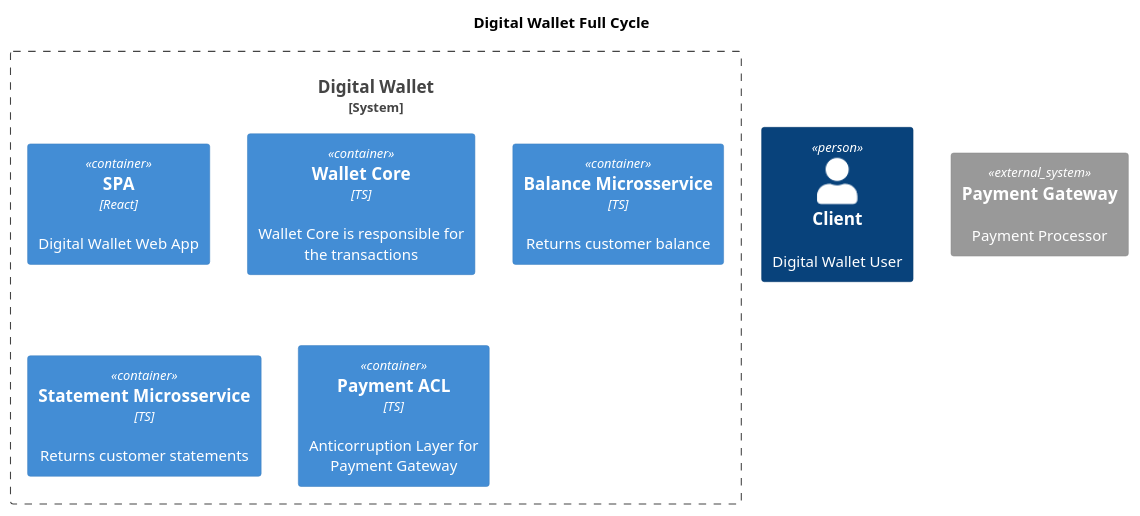
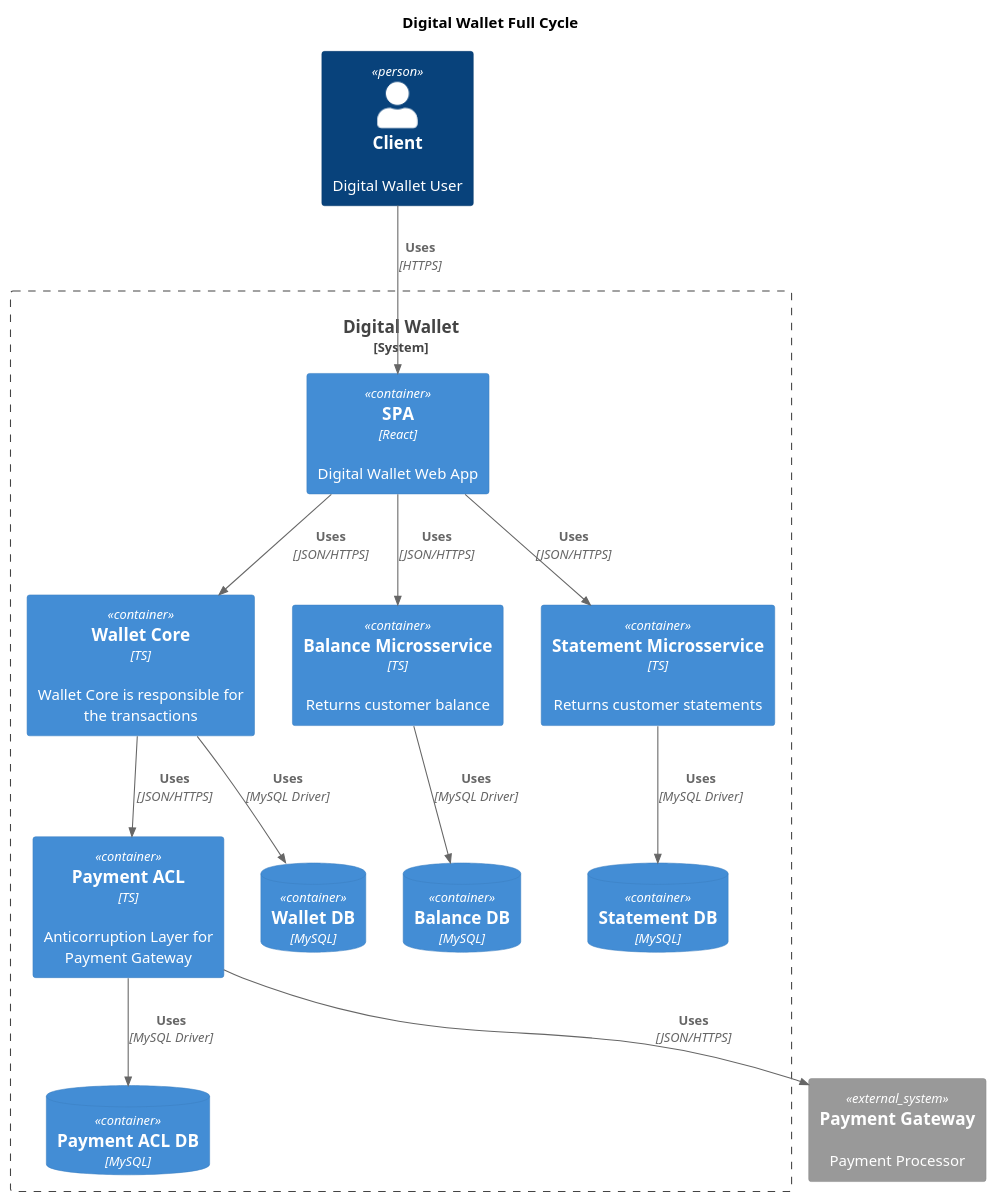
One commit to robsantossilva/fullcycle-arquitetura-microsservicos changed the diagram in containers.puml. Above: the diagram before and after it, drawn with PlantUML.

Commit message:
Wallet containers

```diff
--- a/containers.puml
+++ b/containers.puml
@@ -1,18 +1,37 @@
 @startuml
 
 !include https://raw.githubusercontent.com/plantuml-stdlib/C4-PlantUML/master/C4_Container.puml
 
 title "Digital Wallet Full Cycle"
 
 Person(client, "Client", "Digital Wallet User")
 System_Ext(payment_gateway, "Payment Gateway", "Payment Processor")
 
 System_Boundary(digital_wallet, "Digital Wallet") {
   Container(spa, "SPA", "React", "Digital Wallet Web App")
   Container(wallet_core, "Wallet Core", "TS", "Wallet Core is responsible for the transactions")
   Container(balance_service, "Balance Microsservice", "TS", "Returns customer balance")
   Container(statement_service, "Statement Microsservice", "TS", "Returns customer statements")
   Container(payment_acl, "Payment ACL", "TS", "Anticorruption Layer for Payment Gateway")
+
+  ContainerDb(wallet_code_db, "Wallet DB", "MySQL")
+  Rel(wallet_core, wallet_code_db, "Uses", "MySQL Driver")
+
+  ContainerDb(balance_db, "Balance DB", "MySQL")
+  Rel(balance_service, balance_db, "Uses", "MySQL Driver")
+
+  ContainerDb(statement_db, "Statement DB", "MySQL")
+  Rel(statement_service, statement_db, "Uses", "MySQL Driver")
+
+  ContainerDb(payment_acl_db, "Payment ACL DB", "MySQL")
+  Rel(payment_acl, payment_acl_db, "Uses", "MySQL Driver")
+
+  Rel(client, spa, "Uses", "HTTPS")
+  Rel(spa, wallet_core, "Uses", "JSON/HTTPS")
+  Rel(spa, balance_service, "Uses", "JSON/HTTPS")
+  Rel(spa, statement_service, "Uses", "JSON/HTTPS")
+  Rel(wallet_core, payment_acl, "Uses", "JSON/HTTPS")
+  Rel(payment_acl, payment_gateway, "Uses", "JSON/HTTPS")
 }
 
 @enduml
```
